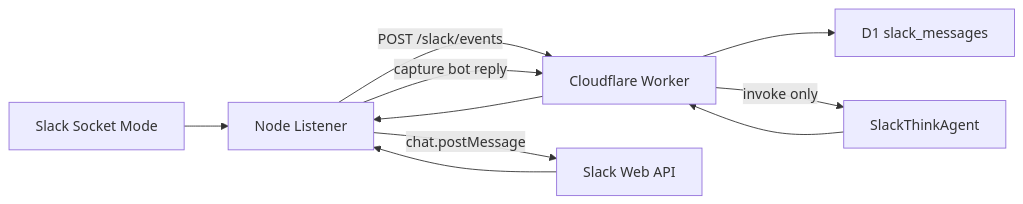
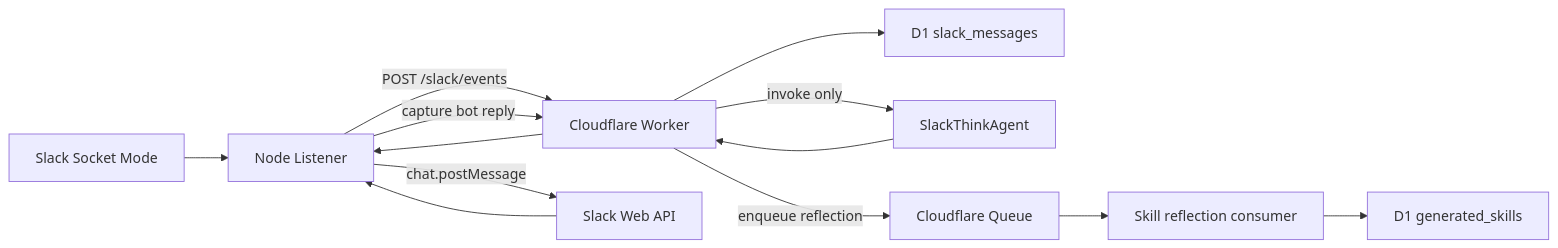
Before and after one commit to GorobVictor/slack-ai-agent-v3: the first of 7 diagrams in README.md, drawn with Mermaid. The commit also changed other lines of this file and 2 other files, not shown here.

First line of the commit message:
ref: document async skill reflection

````diff
--- a/README.md
+++ b/README.md
@@ -7,12 +7,15 @@
 ```mermaid
 flowchart LR
   slack["Slack Socket Mode"] --> listener["Node Listener"]
   listener -->|"POST /slack/events"| worker["Cloudflare Worker"]
   worker --> history["D1 slack_messages"]
   worker -->|"invoke only"| think["SlackThinkAgent"]
   think --> worker
+  worker -->|"enqueue reflection"| queue["Cloudflare Queue"]
+  queue --> reflection["Skill reflection consumer"]
+  reflection --> skills["D1 generated_skills"]
   worker --> listener
   listener -->|"chat.postMessage"| slackApi["Slack Web API"]
   slackApi --> listener
   listener -->|"capture bot reply"| worker
 ```
````
